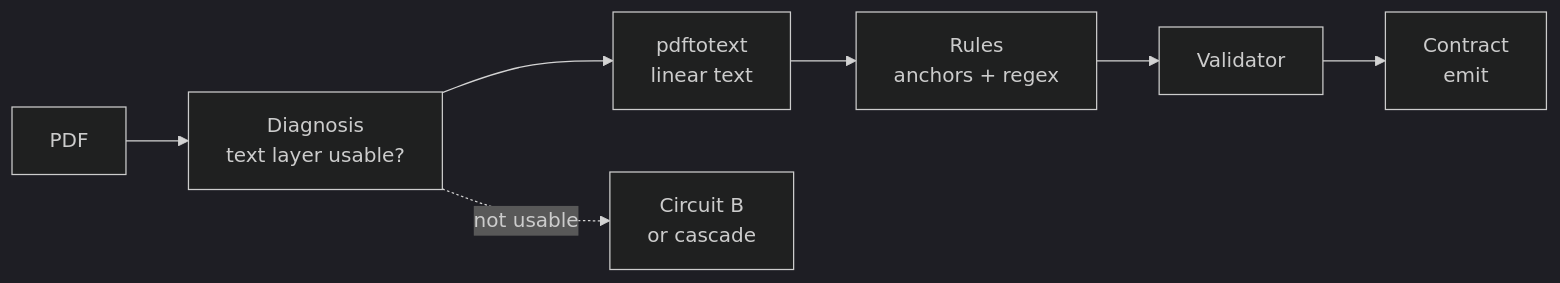
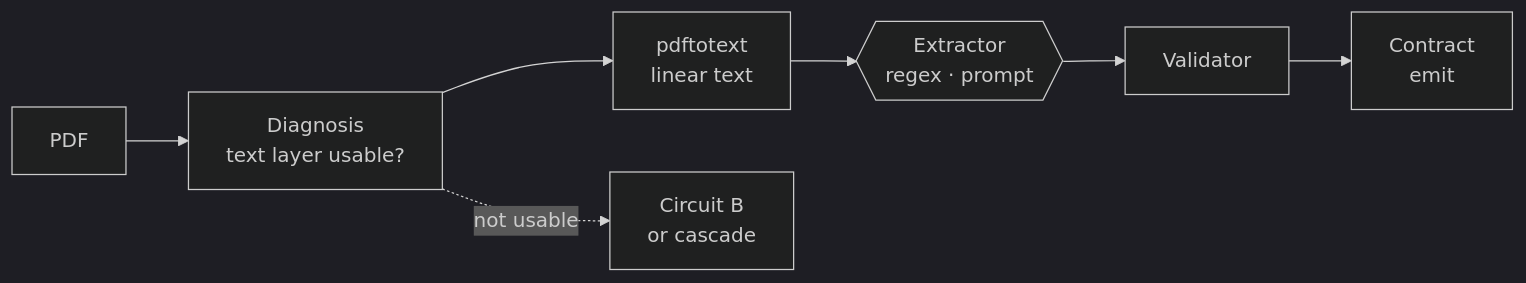
Before and after one commit to mariogarcia-ar/docflow: the first of 4 diagrams in workflow.md, drawn with Mermaid (dark theme). The commit also changed other lines of this file and 1 other file, not shown here.

````diff
--- a/workflow.md
+++ b/workflow.md
@@ -70,9 +107,9 @@
 ```mermaid
 graph LR
     A["PDF"] --> B["Diagnosis<br/>text layer usable?"]
     B --> C["pdftotext<br/>linear text"]
-    C --> D["Rules<br/>anchors + regex"]
+    C --> D{{"Extractor<br/>regex · prompt"}}
     D --> E["Validator"]
     E --> F["Contract<br/>emit"]
     B -.->|"not usable"| G["Circuit B<br/>or cascade"]
 ```
````
